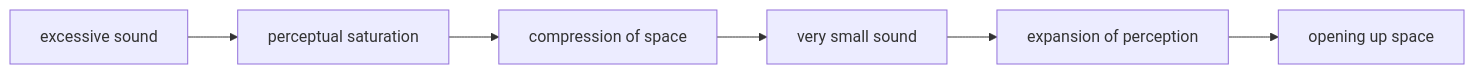
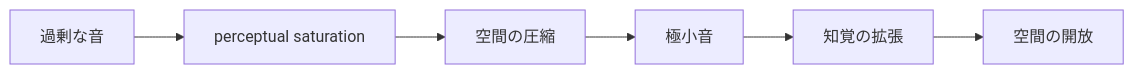
The second of 3 diagrams in en/_posts/2026-04-25-column-yoshihide-otomo.md (monumental-movement/monumental-movement.github.io), drawn with Mermaid before and after one commit. The commit also changed other lines of this file and 2196 other files, not shown here.

```diff
--- a/en/_posts/2026-04-25-column-yoshihide-otomo.md
+++ b/en/_posts/2026-04-25-column-yoshihide-otomo.md
@@ -142,8 +142,8 @@
 <div class="mermaid">
 flowchart LR
-    A[excessive sound] --> B[perceptual saturation]
-    B --> C[compression of space]
-    C --> D[very small sound]
-    D --> E[expansion of perception]
-    E --> F[opening up space]
+    A[過剰な音] --> B[perceptual saturation]
+    B --> C[空間の圧縮]
+    C --> D[極小音]
+    D --> E[知覚の拡張]
+    E --> F[空間の開放]
 </div>
```
